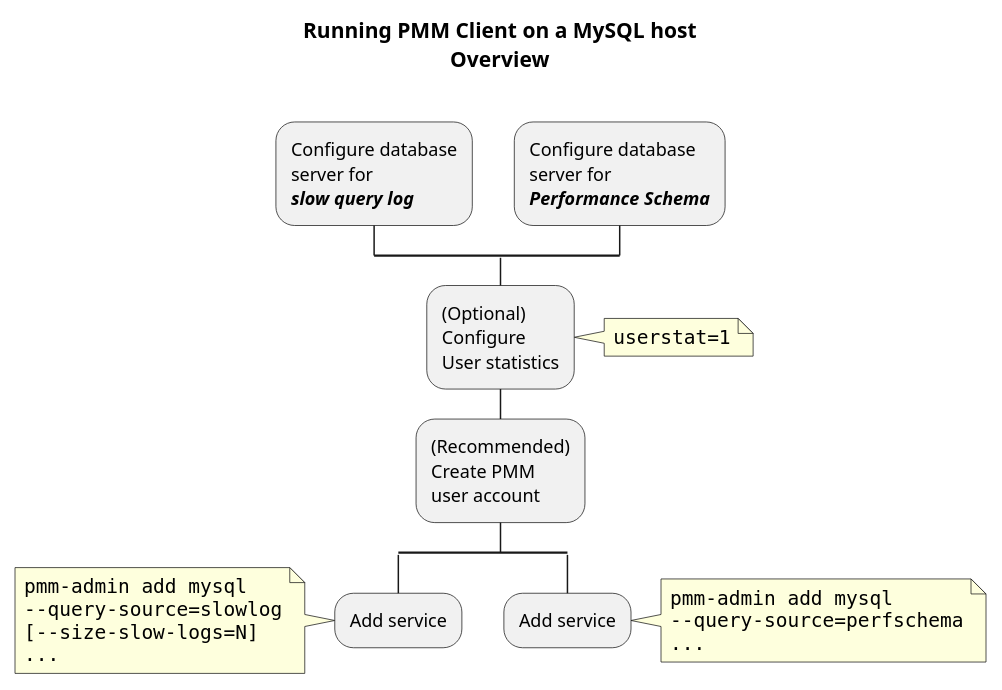
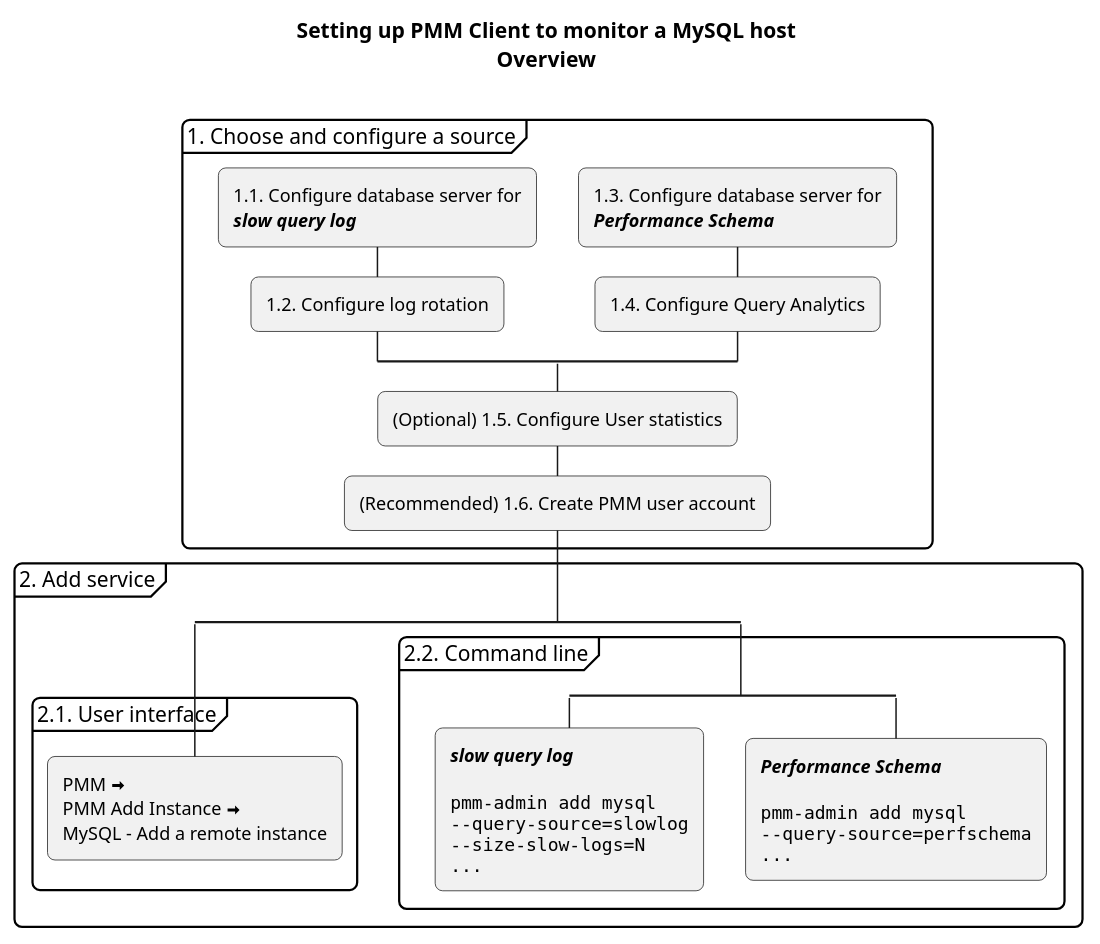
Before and after one commit to percona/pmm-doc: the diagram in _resources/diagrams/Setting-Up_Client_MySQL.puml, drawn with PlantUML. The commit also changed 3 other files, not shown here.

```diff
--- a/_resources/diagrams/Setting-Up_Client_MySQL.puml
+++ b/_resources/diagrams/Setting-Up_Client_MySQL.puml
@@ -6,49 +6,54 @@
 @startuml "setting-up_client_mysql"
 skinparam ArrowHeadColor none
-title "Running PMM Client on a MySQL host\nOverview"
+skinparam roundCorner 10
+title "Setting up PMM Client to monitor a MySQL host\nOverview\n"
 
-split
--[hidden]->
-:Configure database
-server for
-**//slow query log//**;
-split again
--[hidden]->
-:Configure database
-server for
-**//Performance Schema//**;
+partition "1. Choose and configure a source" {
+	split
+		-[hidden]->
+		:1.1. Configure database server for
+		**//slow query log//**;
+		:1.2. Configure log rotation;
+	split again
+		-[hidden]->
+		:1.3. Configure database server for
+		**//Performance Schema//**;
+		:1.4. Configure Query Analytics;
+	end split
+	:(Optional) 1.5. Configure User statistics;
+	:(Recommended) 1.6. Create PMM user account;
+}
+partition "2. Add service" {
+	split
+	partition "2.1. User interface" {
+		:PMM <&arrow-thick-right>\nPMM Add Instance <&arrow-thick-right>\nMySQL - Add a remote instance;
+	}
+	kill
+	split again
+
+	partition "2.2. Command line" {
+		split
+		:**//slow query log//**
+
+<code>
+		pmm-admin add mysql
+		--query-source=slowlog
+		--size-slow-logs=N
+		...
+</code>;
+
+		kill
+		split again
+		:**//Performance Schema//**
+
+<code>
+		pmm-admin add mysql
+		--query-source=perfschema
+		...
+</code>;
+		kill
+		end split
+	}
 end split
-:(Optional)
-Configure
-User statistics;
-note right
-""userstat=1""
-end note
-:(Recommended)
-Create PMM
-user account;
-split
-:Add service;
-note left
-<code>
-pmm-admin add mysql
---query-source=slowlog
-[--size-slow-logs=N]
-...
-</code>
-end note
-kill
-split again
-:Add service;
-note right
-<code>
-pmm-admin add mysql
---query-source=perfschema
-...
-</code>
-end note
-kill
-end split
-
-
+}
 @enduml
```
